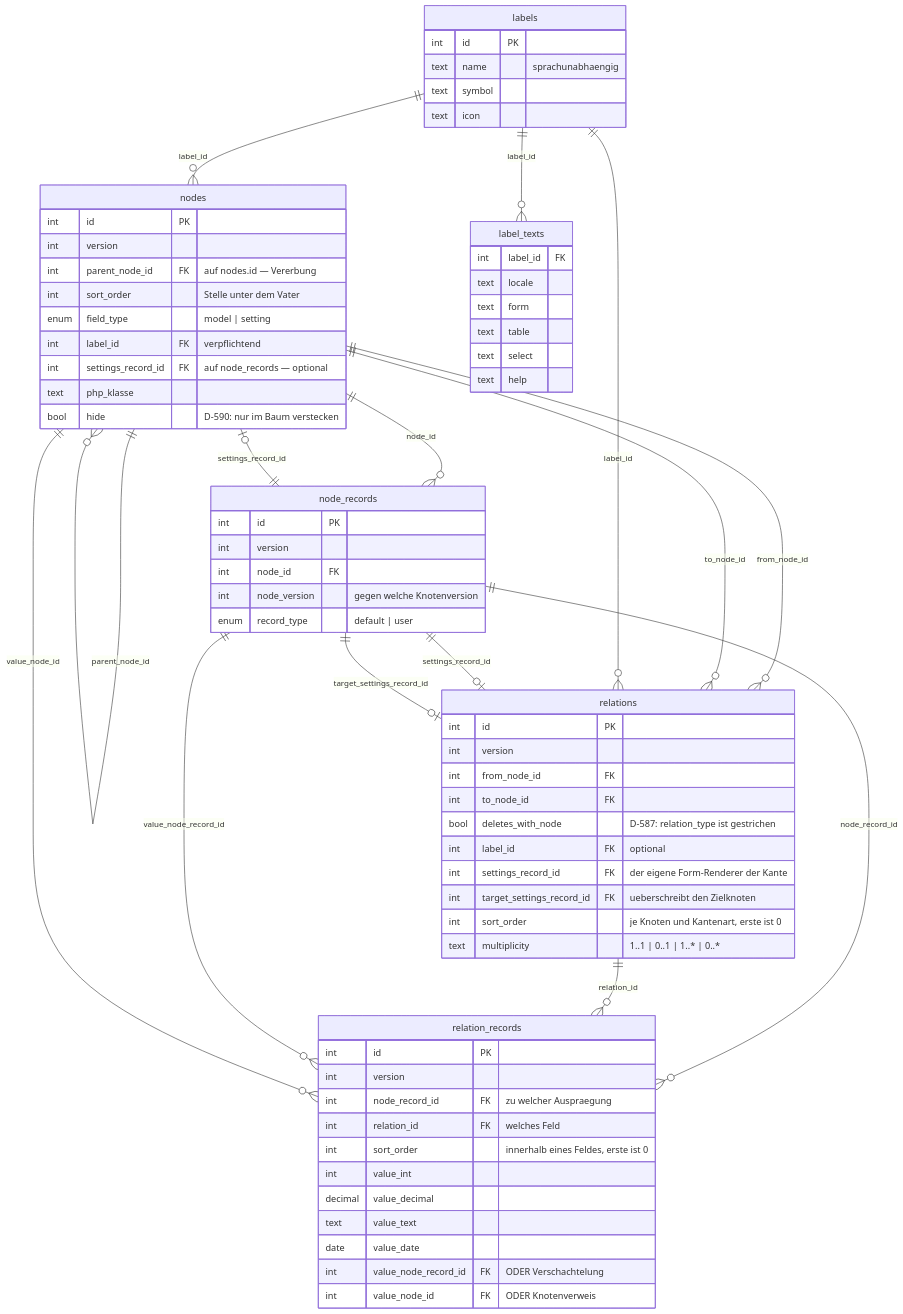
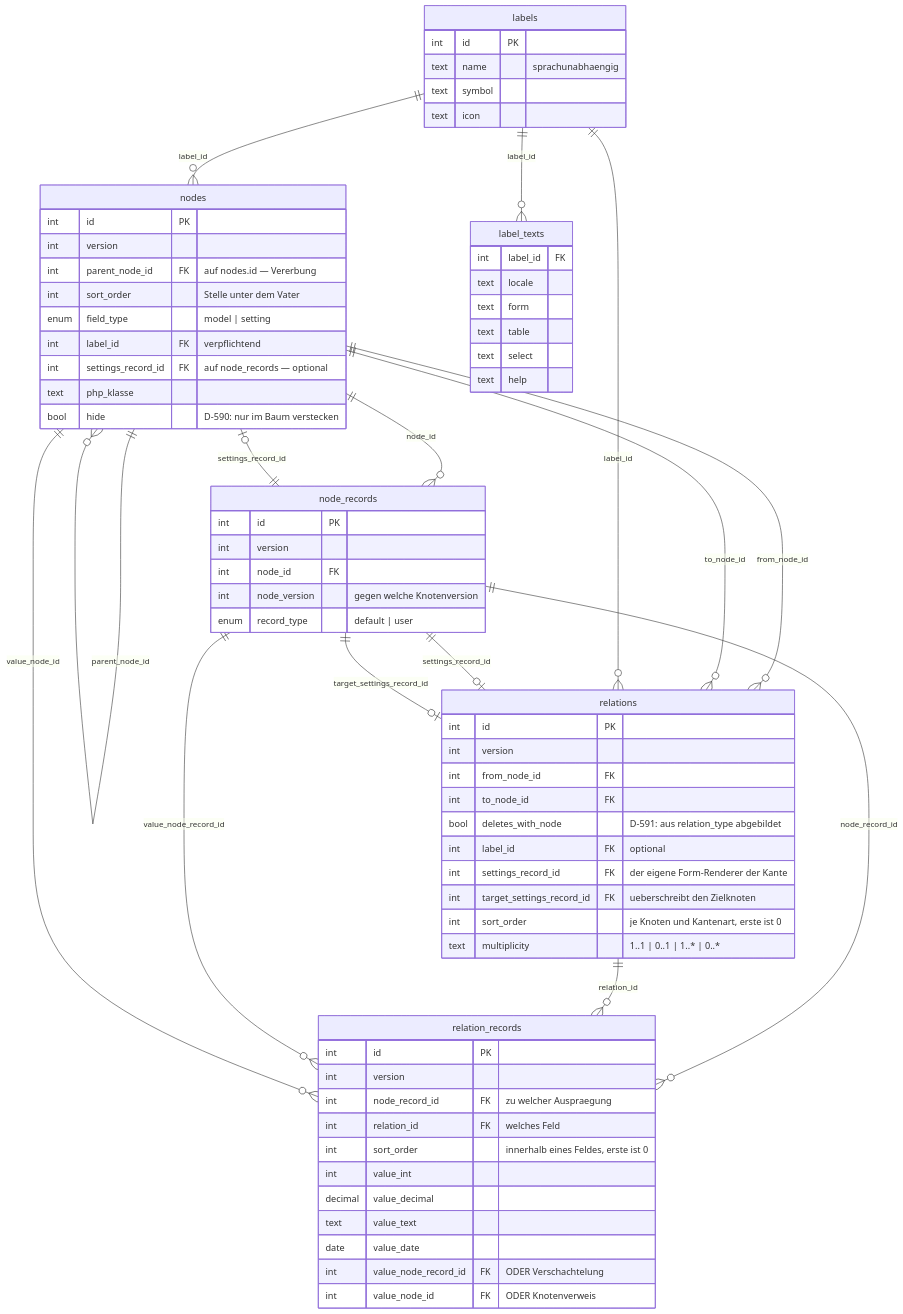
One commit to sfambach/wp-taxonomy-modeler changed the diagram in docs/pakete/modelltabellen/schema-diagramm.md. Above: the diagram before and after it, drawn with Mermaid. The commit also changed other lines of this file and 2 other files, not shown here.

First line of the commit message:
Mitloeschen wird eine Spalte - und relation_type zieht um

````diff
--- a/docs/pakete/modelltabellen/schema-diagramm.md
+++ b/docs/pakete/modelltabellen/schema-diagramm.md
@@ -6,80 +6,80 @@
 ```mermaid
 erDiagram
     nodes {
         int  id PK
         int  version
         int  parent_node_id FK "auf nodes.id — Vererbung"
         int  sort_order     "Stelle unter dem Vater"
         enum field_type     "model | setting"
         int  label_id       FK "verpflichtend"
         int  settings_record_id FK "auf node_records — optional"
         text php_klasse
         bool hide "D-590: nur im Baum verstecken"
     }
 
     relations {
         int  id PK
         int  version
         int  from_node_id FK
         int  to_node_id   FK
-        bool deletes_with_node "D-587: relation_type ist gestrichen"
+        bool deletes_with_node "D-591: aus relation_type abgebildet"
         int  label_id      FK "optional"
         int  settings_record_id FK "der eigene Form-Renderer der Kante"
         int  target_settings_record_id FK "ueberschreibt den Zielknoten"
         int  sort_order    "je Knoten und Kantenart, erste ist 0"
         text multiplicity  "1..1 | 0..1 | 1..* | 0..*"
     }
 
     node_records {
         int  id PK
         int  version
         int  node_id FK
         int  node_version "gegen welche Knotenversion"
         enum record_type  "default | user"
     }
 
     relation_records {
         int     id PK
         int     version
         int     node_record_id FK "zu welcher Auspraegung"
         int     relation_id    FK "welches Feld"
         int     sort_order        "innerhalb eines Feldes, erste ist 0"
         int     value_int
         decimal value_decimal
         text    value_text
         date    value_date
         int     value_node_record_id FK "ODER Verschachtelung"
         int     value_node_id        FK "ODER Knotenverweis"
     }
 
     labels {
         int  id PK
         text name   "sprachunabhaengig"
         text symbol
         text icon
     }
 
     label_texts {
         int  label_id FK
         text locale
         text form
         text table
         text select
         text help
     }
 
     nodes            ||--o{ nodes            : "parent_node_id"
     nodes            ||--o{ relations        : "from_node_id"
     nodes            ||--o{ relations        : "to_node_id"
     nodes            ||--o{ node_records     : "node_id"
     labels           ||--o{ nodes            : "label_id"
     labels           ||--o{ relations        : "label_id"
     labels           ||--o{ label_texts      : "label_id"
     node_records     ||--o{ relation_records : "node_record_id"
     relations        ||--o{ relation_records : "relation_id"
     node_records     ||--o| nodes            : "settings_record_id"
     node_records     ||--o| relations        : "settings_record_id"
     node_records     ||--o| relations        : "target_settings_record_id"
     node_records     ||--o{ relation_records : "value_node_record_id"
     nodes            ||--o{ relation_records : "value_node_id"
 ```
````
